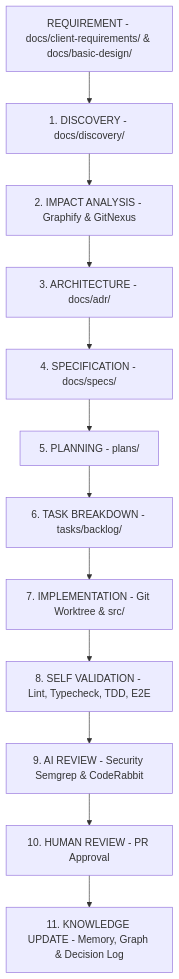
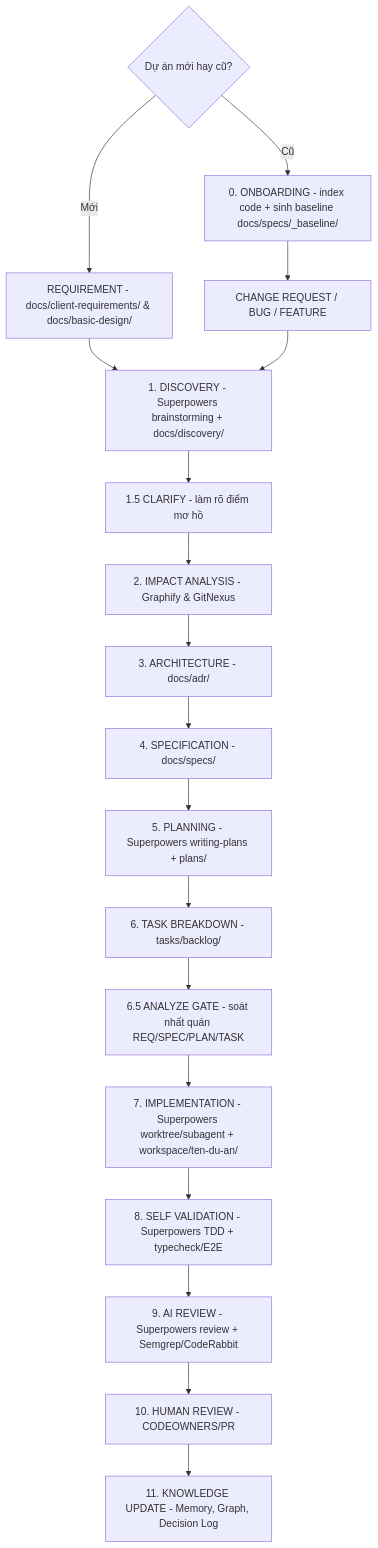
One commit to duytan177/structure-vide-code changed the diagram in .agent/rules/00-ai-workflow.md. Above: the diagram before and after it, drawn with Mermaid. The commit also changed other lines of this file and 79 other files, not shown here.

First line of the commit message:
feat(base): chuyển Vide-Coder thành overlay quy trình đa-agent + nâng cấp theo spec-kit/superpowers

````diff
--- a/.agent/rules/00-ai-workflow.md
+++ b/.agent/rules/00-ai-workflow.md
@@ -17,14 +47,21 @@
 ```mermaid
 flowchart TD
-    Req[REQUIREMENT - docs/client-requirements/ & docs/basic-design/] --> S1[1. DISCOVERY - docs/discovery/]
-    S1 --> S2[2. IMPACT ANALYSIS - Graphify & GitNexus]
+    Mode{Dự án mới hay cũ?}
+    Mode -- Cũ --> S0[0. ONBOARDING - index code + sinh baseline docs/specs/_baseline/]
+    Mode -- Mới --> Req[REQUIREMENT - docs/client-requirements/ & docs/basic-design/]
+    S0 --> CR[CHANGE REQUEST / BUG / FEATURE]
+    Req --> S1
+    CR --> S1[1. DISCOVERY - Superpowers brainstorming + docs/discovery/]
+    S1 --> S15[1.5 CLARIFY - làm rõ điểm mơ hồ]
+    S15 --> S2[2. IMPACT ANALYSIS - Graphify & GitNexus]
     S2 --> S3[3. ARCHITECTURE - docs/adr/]
     S3 --> S4[4. SPECIFICATION - docs/specs/]
-    S4 --> S5[5. PLANNING - plans/]
+    S4 --> S5[5. PLANNING - Superpowers writing-plans + plans/]
     S5 --> S6[6. TASK BREAKDOWN - tasks/backlog/]
-    S6 --> S7[7. IMPLEMENTATION - Git Worktree & src/]
-    S7 --> S8[8. SELF VALIDATION - Lint, Typecheck, TDD, E2E]
-    S8 --> S9[9. AI REVIEW - Security Semgrep & CodeRabbit]
-    S9 --> S10[10. HUMAN REVIEW - PR Approval]
-    S10 --> S11[11. KNOWLEDGE UPDATE - Memory, Graph & Decision Log]
+    S6 --> S65[6.5 ANALYZE GATE - soát nhất quán REQ/SPEC/PLAN/TASK]
+    S65 --> S7[7. IMPLEMENTATION - Superpowers worktree/subagent + workspace/ten-du-an/]
+    S7 --> S8[8. SELF VALIDATION - Superpowers TDD + typecheck/E2E]
+    S8 --> S9[9. AI REVIEW - Superpowers review + Semgrep/CodeRabbit]
+    S9 --> S10[10. HUMAN REVIEW - CODEOWNERS/PR]
+    S10 --> S11[11. KNOWLEDGE UPDATE - Memory, Graph, Decision Log]
 ```
````
